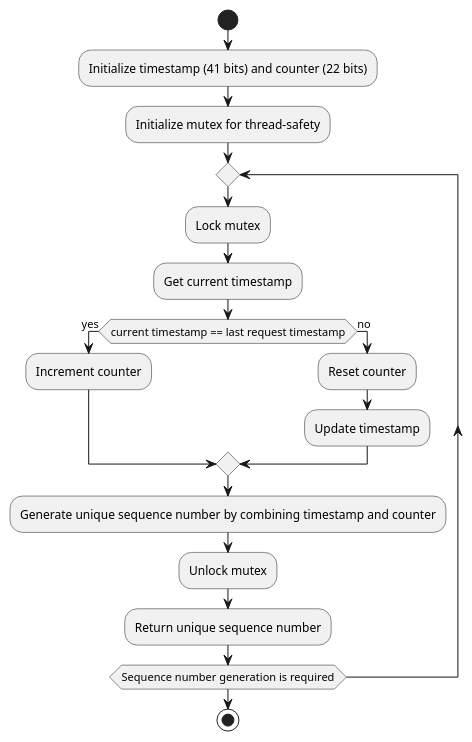
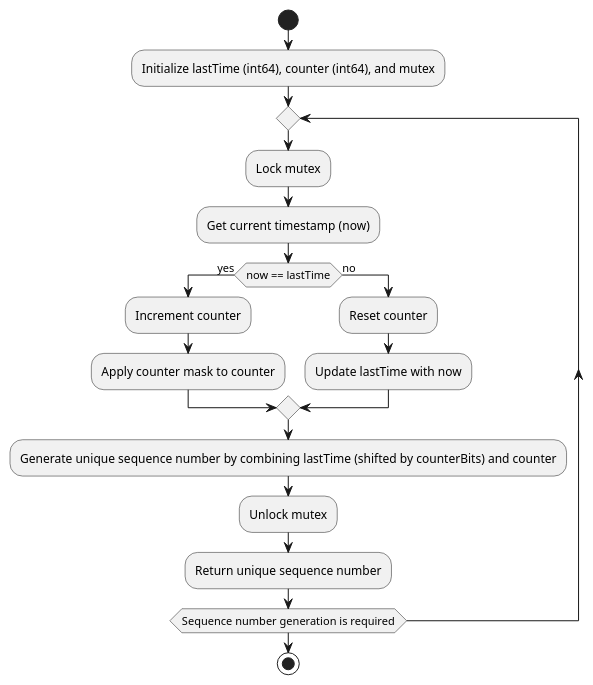
One commit to esumit/seqnum-apis changed the diagram in diagram/how-it-works.puml. Above: the diagram before and after it, drawn with PlantUML. The commit also changed 1 other file, not shown here.

Commit message:
refine the flow diagram

```diff
--- a/diagram/how-it-works.puml
+++ b/diagram/how-it-works.puml
@@ -1,24 +1,24 @@
 @startuml
 start
 
-:Initialize timestamp (41 bits) and counter (22 bits);
-:Initialize mutex for thread-safety;
+:Initialize lastTime (int64), counter (int64), and mutex;
 
 repeat
     :Lock mutex;
-    :Get current timestamp;
+    :Get current timestamp (now);
 
-    if (current timestamp == last request timestamp) then (yes)
+    if (now == lastTime) then (yes)
         :Increment counter;
+        :Apply counter mask to counter;
     else (no)
         :Reset counter;
-        :Update timestamp;
+        :Update lastTime with now;
     endif
 
-    :Generate unique sequence number by combining timestamp and counter;
+    :Generate unique sequence number by combining lastTime (shifted by counterBits) and counter;
     :Unlock mutex;
     :Return unique sequence number;
 repeat while (Sequence number generation is required)
 
 stop
 @enduml
```
